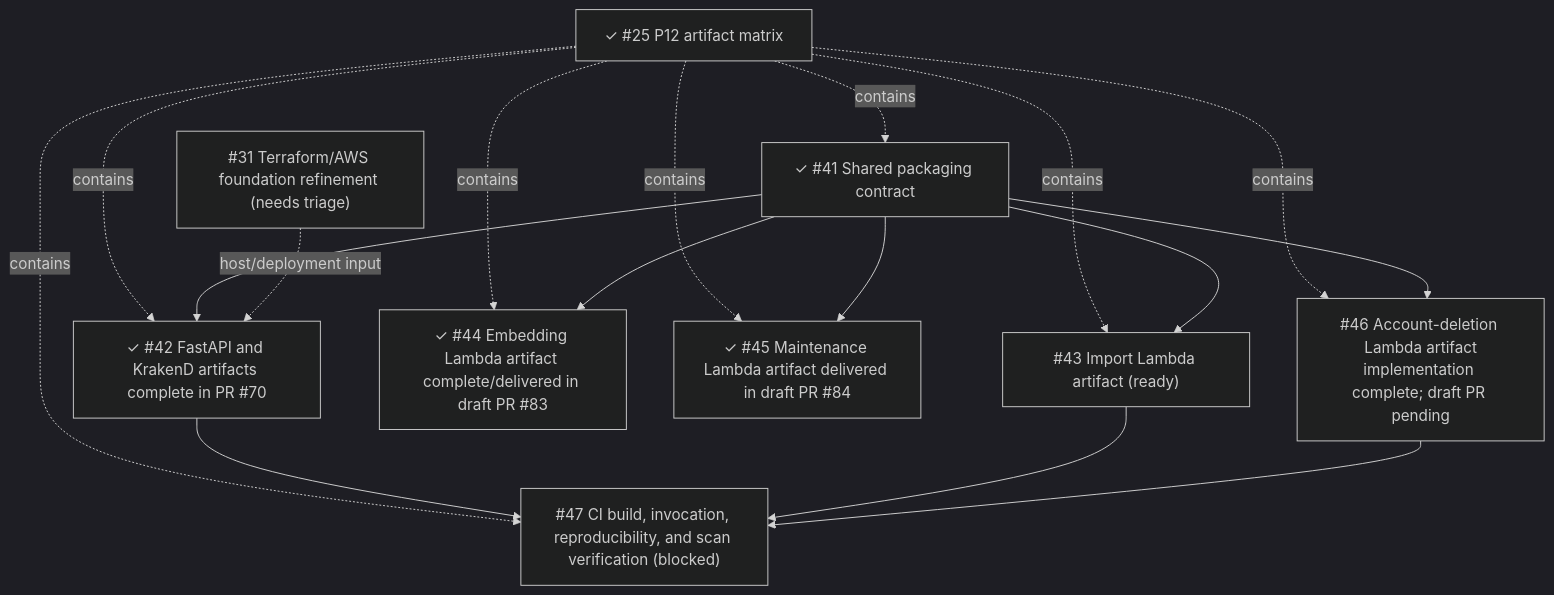
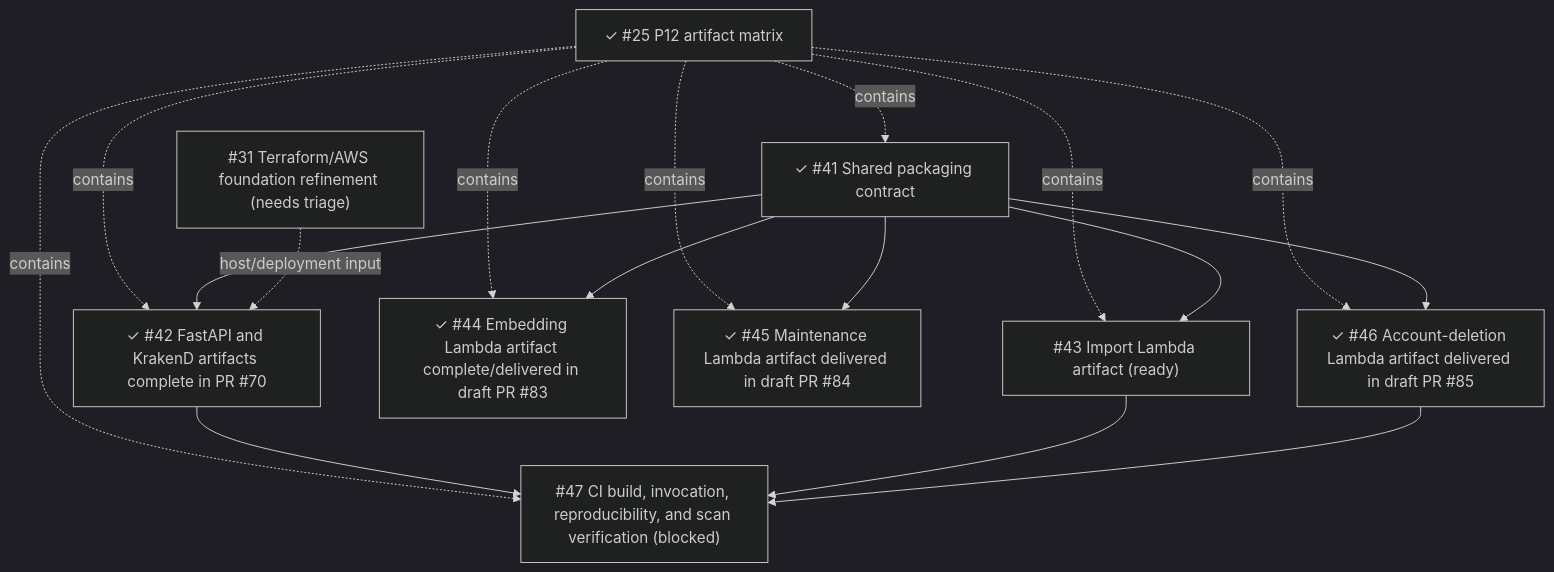
One commit to starkovalera/recipe-manager changed the diagram in docs/specs/2026-08-14-p12-production-artifact-matrix.md. Above: the diagram before and after it, drawn with Mermaid (dark theme). The commit also changed other lines of this file and 2 other files, not shown here.

Commit message:
docs: link account-deletion artifact to draft PR #85

````diff
--- a/docs/specs/2026-08-14-p12-production-artifact-matrix.md
+++ b/docs/specs/2026-08-14-p12-production-artifact-matrix.md
@@ -256,32 +256,32 @@
 ```mermaid
 flowchart TD
   p25["✓ #25 P12 artifact matrix"]
   shared["✓ #41 Shared packaging contract"]
   api["✓ #42 FastAPI and KrakenD artifacts complete in PR #70"]
   import["#43 Import Lambda artifact (ready)"]
   embedding["✓ #44 Embedding Lambda artifact complete/delivered in draft PR #83"]
   maintenance["✓ #45 Maintenance Lambda artifact delivered in draft PR #84"]
-  deletion["#46 Account-deletion Lambda artifact<br/>implementation complete; draft PR pending"]
+  deletion["✓ #46 Account-deletion Lambda artifact delivered in draft PR #85"]
   ci["#47 CI build, invocation, reproducibility, and scan verification (blocked)"]
   infra["#31 Terraform/AWS foundation refinement (needs triage)"]
 
   p25 -. contains .-> shared
   p25 -. contains .-> api
   p25 -. contains .-> import
   p25 -. contains .-> embedding
   p25 -. contains .-> maintenance
   p25 -. contains .-> deletion
   p25 -. contains .-> ci
 
   shared --> api
   shared --> import
   shared --> embedding
   shared --> maintenance
   shared --> deletion
 
   api --> ci
   import --> ci
   deletion --> ci
 
   infra -. host/deployment input .-> api
 ```
````
